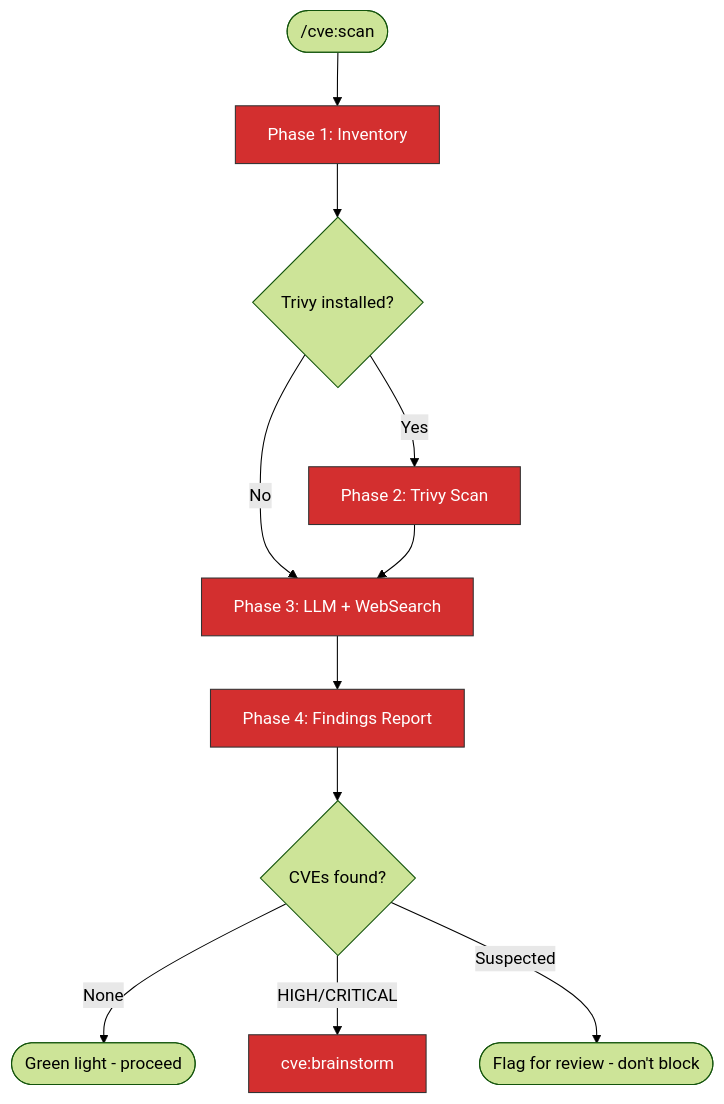
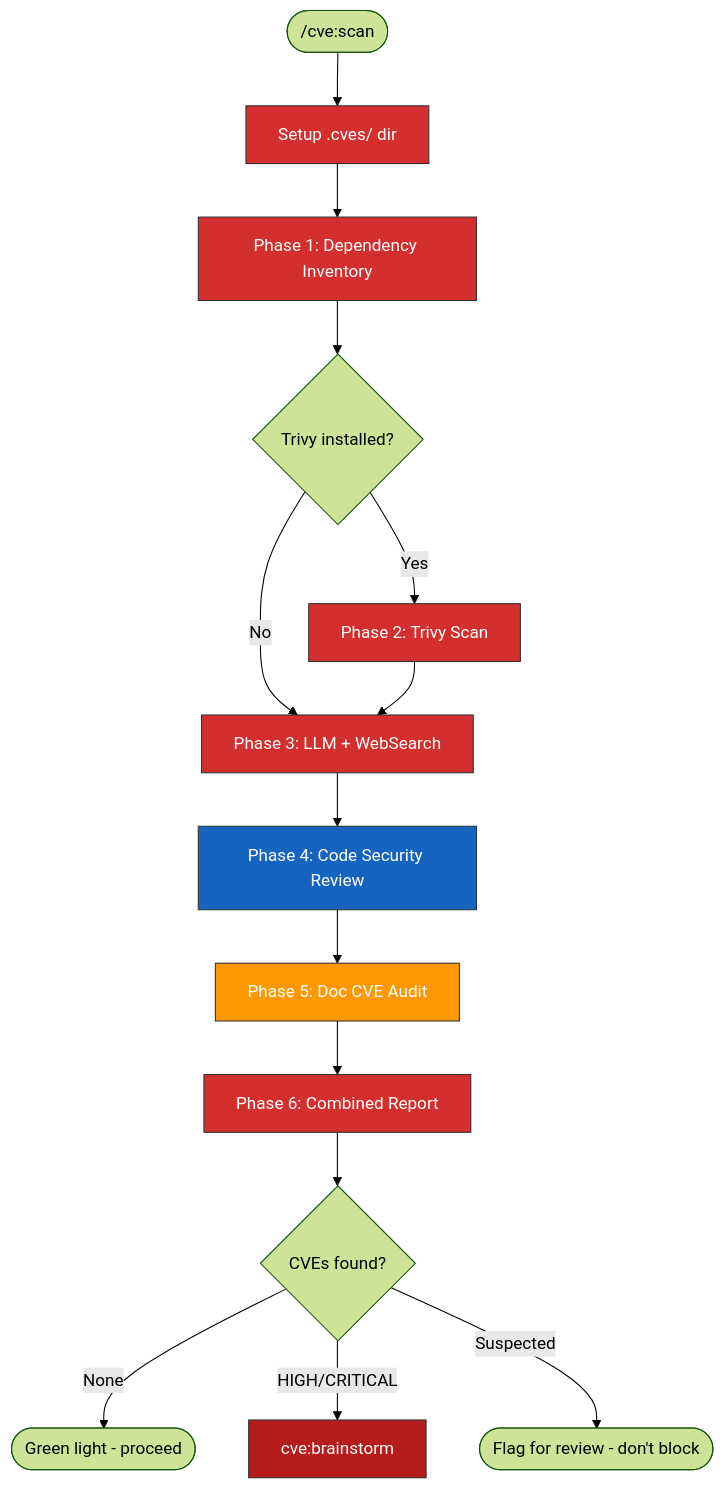
The diagram in .claude/skills/cve:scan/SKILL.md (pdettori/kagenti), drawn with Mermaid (forest theme) before and after one commit. The commit also changed other lines of this file and 1 other file, not shown here.

First line of the commit message:
🌱 Expand cve:scan with code security review and doc audit phases

````diff
--- a/.claude/skills/cve:scan/SKILL.md
+++ b/.claude/skills/cve:scan/SKILL.md
@@ -20,15 +21,21 @@
 ```mermaid
 flowchart TD
-    START(["/cve:scan"]) --> P1["Phase 1: Inventory"]:::cve
+    START(["/cve:scan"]) --> SETUP["Setup .cves/ dir"]:::cve
+    SETUP --> P1["Phase 1: Dependency Inventory"]:::cve
     P1 --> P2{"Trivy installed?"}
     P2 -->|Yes| P2A["Phase 2: Trivy Scan"]:::cve
     P2 -->|No| P3
     P2A --> P3["Phase 3: LLM + WebSearch"]:::cve
-    P3 --> P4["Phase 4: Findings Report"]:::cve
-    P4 --> RESULT{"CVEs found?"}
+    P3 --> P4["Phase 4: Code Security Review"]:::code
+    P4 --> P5["Phase 5: Doc CVE Audit"]:::audit
+    P5 --> P6["Phase 6: Combined Report"]:::cve
+    P6 --> RESULT{"CVEs found?"}
     RESULT -->|None| GREEN([Green light - proceed])
-    RESULT -->|HIGH/CRITICAL| BRAINSTORM["cve:brainstorm"]:::cve
+    RESULT -->|HIGH/CRITICAL| BRAINSTORM["cve:brainstorm"]:::block
     RESULT -->|Suspected| FLAG([Flag for review - don't block])
 
     classDef cve fill:#D32F2F,stroke:#333,color:white
+    classDef code fill:#1565C0,stroke:#333,color:white
+    classDef audit fill:#FF9800,stroke:#333,color:white
+    classDef block fill:#B71C1C,stroke:#333,color:white
 ```
````
